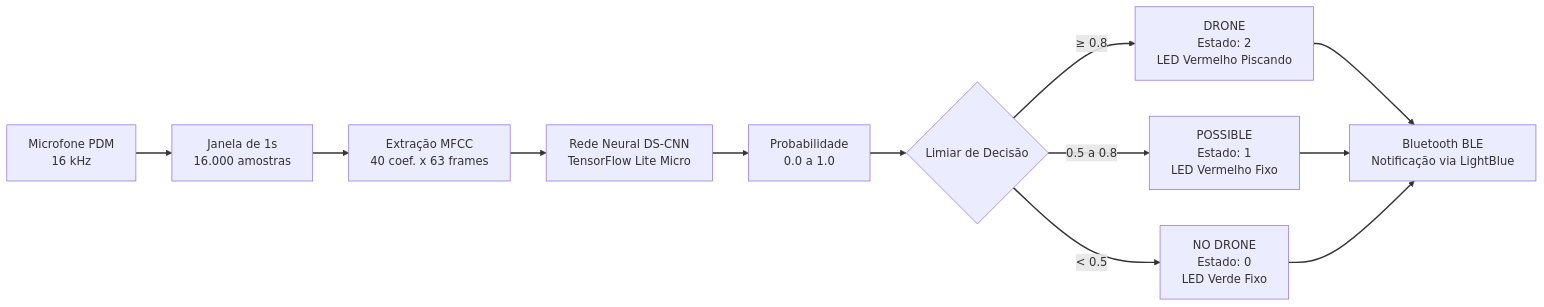
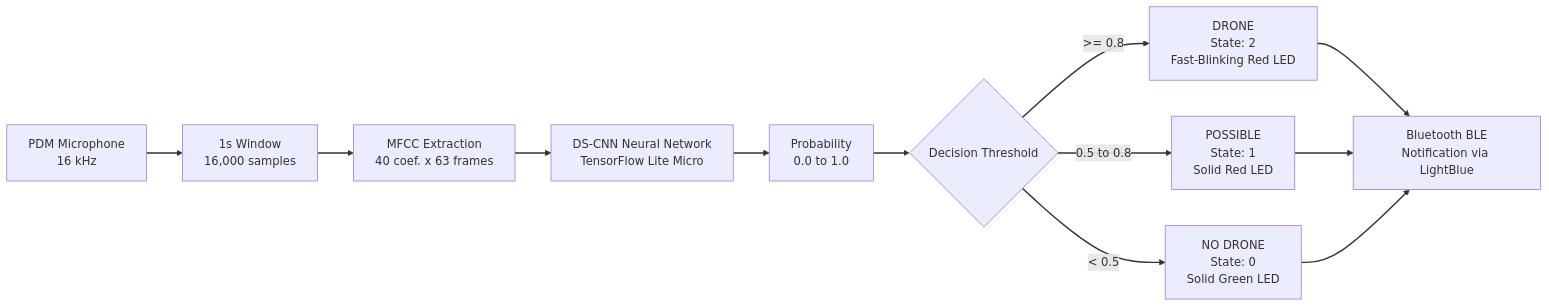
One commit to Palus13/Drone-Detector-TinyML-no-Arduino-Nano-33-BLE-Sense changed the diagram in README.md. Above: the diagram before and after it, drawn with Mermaid. The commit also changed other lines of this file, not shown here.

````diff
--- a/README.md
+++ b/README.md
@@ -25,13 +27,13 @@
 ```mermaid
 graph LR
-    A[Microfone PDM<br>16 kHz] --> B[Janela de 1s<br>16.000 amostras]
-    B --> C[Extração MFCC<br>40 coef. x 63 frames]
-    C --> D[Rede Neural DS-CNN<br>TensorFlow Lite Micro]
-    D --> E[Probabilidade<br>0.0 a 1.0]
-    E --> F{Limiar de Decisão}
-    F -->|≥ 0.8| G[DRONE<br>Estado: 2<br>LED Vermelho Piscando]
-    F -->|0.5 a 0.8| H[POSSIBLE<br>Estado: 1<br>LED Vermelho Fixo]
-    F -->|< 0.5| I[NO DRONE<br>Estado: 0<br>LED Verde Fixo]
-    G & H & I --> J[Bluetooth BLE<br>Notificação via LightBlue]
+    A[PDM Microphone<br>16 kHz] --> B[1s Window<br>16,000 samples]
+    B --> C[MFCC Extraction<br>40 coef. x 63 frames]
+    C --> D[DS-CNN Neural Network<br>TensorFlow Lite Micro]
+    D --> E[Probability<br>0.0 to 1.0]
+    E --> F{Decision Threshold}
+    F -->|>= 0.8| G[DRONE<br>State: 2<br>Fast-Blinking Red LED]
+    F -->|0.5 to 0.8| H[POSSIBLE<br>State: 1<br>Solid Red LED]
+    F -->|< 0.5| I[NO DRONE<br>State: 0<br>Solid Green LED]
+    G & H & I --> J[Bluetooth BLE<br>Notification via LightBlue]
  linkStyle default stroke:#333,stroke-width:2px;
 ```
````
